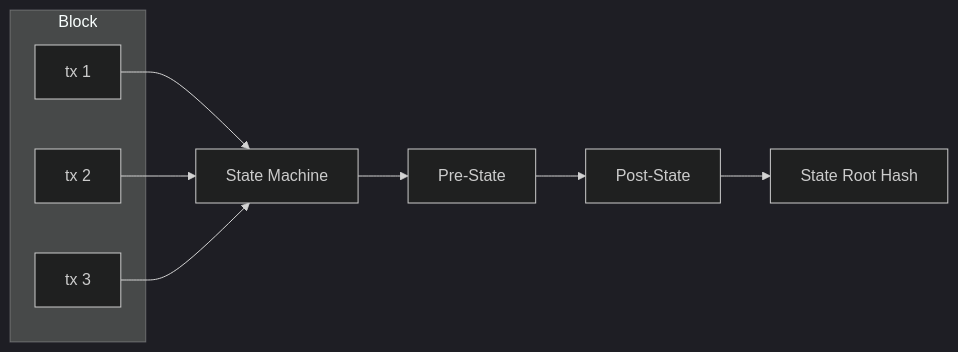
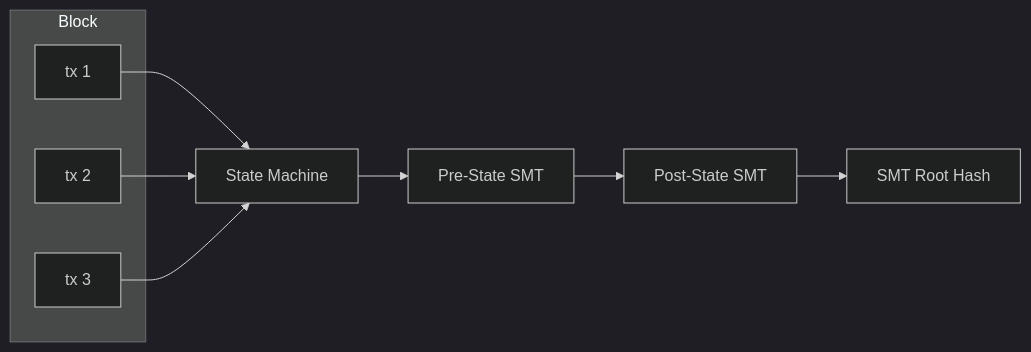
One commit to Monbuticloud/mononium changed the diagram in docs/plans/V0.2.0/Protocol.md. Above: the diagram before and after it, drawn with Mermaid (dark theme). The commit also changed other lines of this file and 11 other files, not shown here.

````diff
--- a/docs/plans/V0.2.0/Protocol.md
+++ b/docs/plans/V0.2.0/Protocol.md
@@ -83,14 +118,14 @@
 ```mermaid
 graph LR
     subgraph Block
         TX1[tx 1]
         TX2[tx 2]
         TX3[tx 3]
     end
     TX1 --> SM[State Machine]
     TX2 --> SM
     TX3 --> SM
-    SM --> S0[Pre-State]
-    S0 --> S1[Post-State]
-    S1 --> H[State Root Hash]
+    SM --> S0[Pre-State SMT]
+    S0 --> S1[Post-State SMT]
+    S1 --> H[SMT Root Hash]
 ```
````
